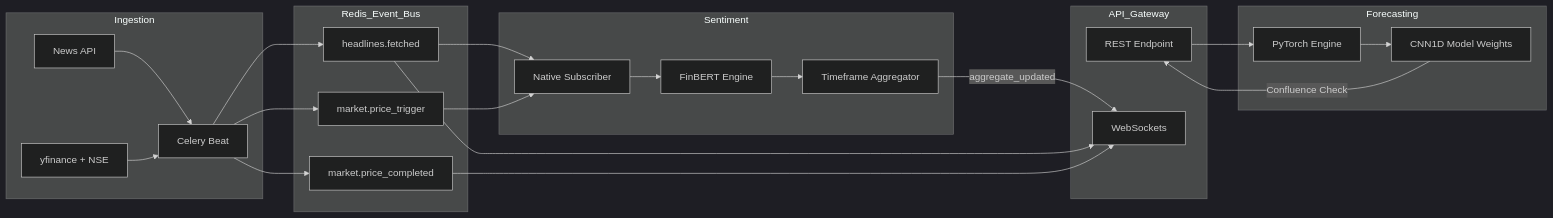
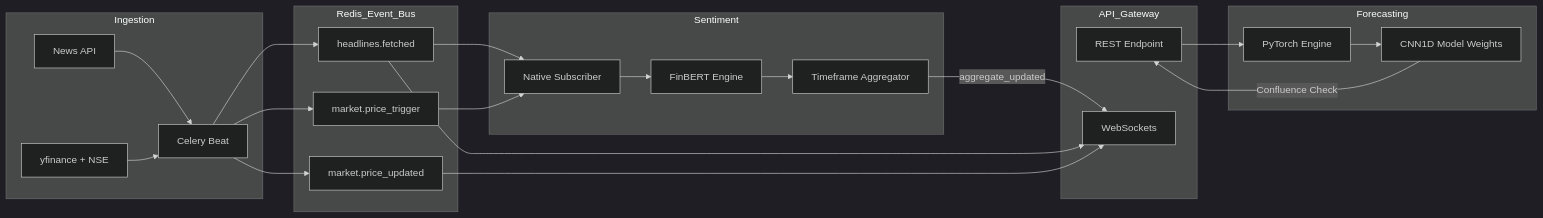
One commit to NirmayKadam/Shani changed the diagram in README.md. Above: the diagram before and after it, drawn with Mermaid (dark theme). The commit also changed other lines of this file, not shown here.

Commit message:
docs: clarify architecture boundaries and migration plan

````diff
--- a/README.md
+++ b/README.md
@@ -102,43 +176,43 @@
 ```mermaid
 graph LR
     subgraph Ingestion
         A[News API] --> C[Celery Beat]
         B[yfinance + NSE] --> C
     end
 
     subgraph Redis_Event_Bus
         E1[headlines.fetched]
-        E2[market.price_completed]
+        E2[market.price_updated]
         E3[market.price_trigger]
     end
 
     subgraph Sentiment
         D[Native Subscriber]
         F[FinBERT Engine]
         G[Timeframe Aggregator]
     end
 
     subgraph API_Gateway
         H[REST Endpoint]
         J[WebSockets]
     end
 
     subgraph Forecasting
         K[PyTorch Engine]
         L[CNN1D Model Weights]
     end
 
     C --> E1
     C --> E2
     C --> E3
     E1 --> D
     E3 --> D
     D --> F
     F --> G
     G -->|"aggregate_updated"| J
     E1 --> J
     E2 --> J
     H --> K
     K --> L
     L -->|"Confluence Check"| H
 ```
````
